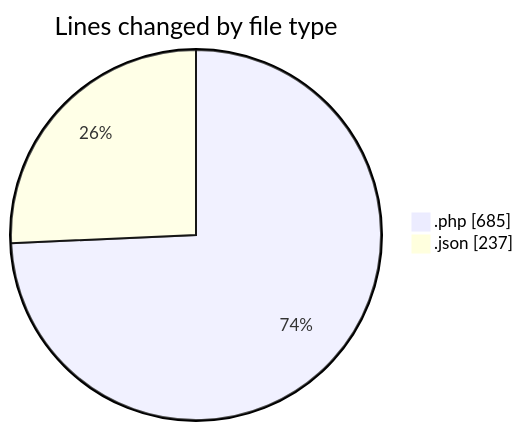
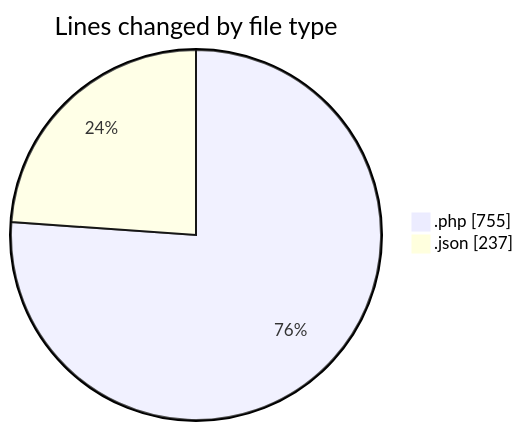
One commit to idhammustaqopulfikri/code-tracking changed the first of 2 diagrams in 2025-06-02/studio-backend/README.md. Above: the diagram before and after it, drawn with Mermaid. The commit also changed other lines of this file and 1 other file, not shown here.

````diff
--- a/2025-06-02/studio-backend/README.md
+++ b/2025-06-02/studio-backend/README.md
@@ -29,6 +31,6 @@
 ```mermaid
 pie showData
 title Lines changed by file type
-".php" : 685
+".php" : 755
 ".json" : 237
 ```
````
